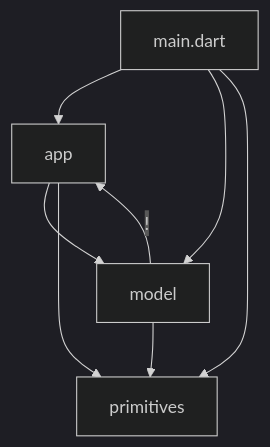
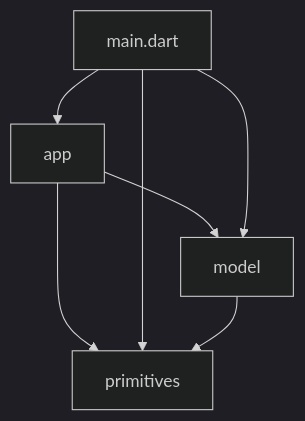
One commit to dart-lang/dart-pad changed the diagram in pkgs/dartpad_ui/lib/DEPENDENCIES.md. Above: the diagram before and after it, drawn with Mermaid (dark theme). The commit also changed other lines of this file and 2 other files, not shown here.

````diff
--- a/pkgs/dartpad_ui/lib/DEPENDENCIES.md
+++ b/pkgs/dartpad_ui/lib/DEPENDENCIES.md
@@ -6,10 +6,9 @@
 ```mermaid
 flowchart TD;
 app-->model;
 app-->primitives;
 main.dart-->app;
 main.dart-->model;
 main.dart-->primitives;
-model--!-->app;
 model-->primitives;
 ```
````
